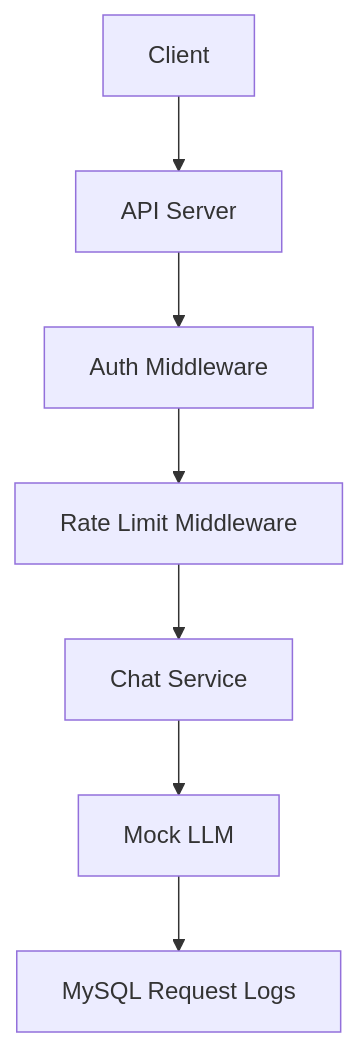
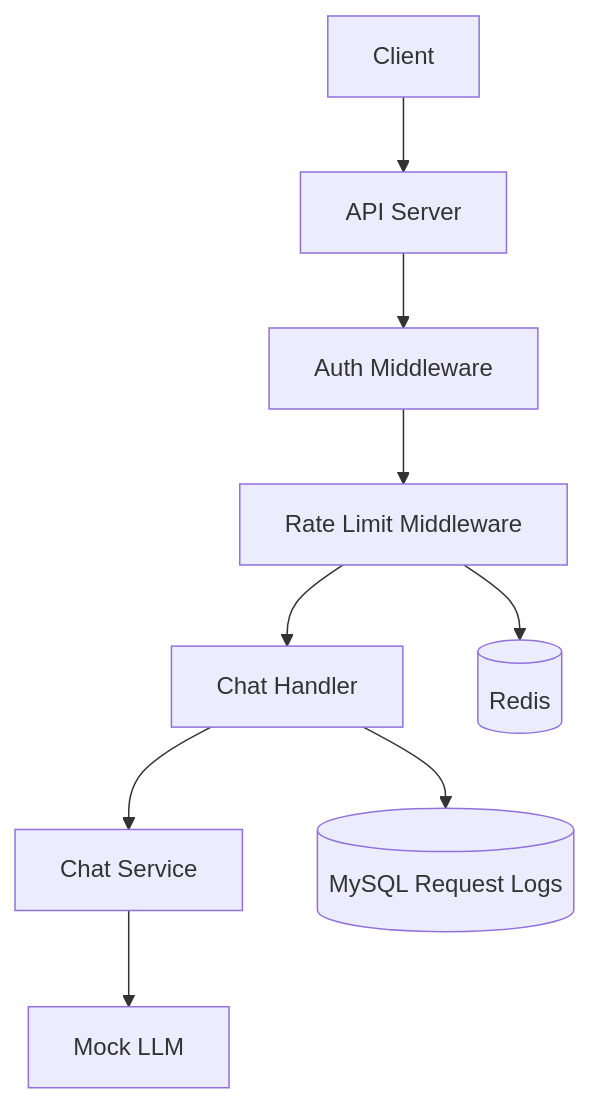
Before and after one commit to Kihouww/mini-ai-compute-platform: the diagram in README.md, drawn with Mermaid.

Commit message:
day7: polish docs and week1 review

````diff
--- a/README.md
+++ b/README.md
@@ -44,15 +44,11 @@
 ```mermaid
 flowchart TD
-
-    A[Client] --> B[API Server]
-
-    B --> C[Auth Middleware]
-
-    C --> D[Rate Limit Middleware]
-
-    D --> E[Chat Service]
-
-    E --> F[Mock LLM]
-
-    F --> G[MySQL Request Logs]
+    A[Client] --> B[API Server]
+    B --> C[Auth Middleware]
+    C --> D[Rate Limit Middleware]
+    D --> E[Chat Handler]
+    E --> F[Chat Service]
+    F --> G[Mock LLM]
+    E --> H[(MySQL Request Logs)]
+    D --> I[(Redis)]
 ```
````
